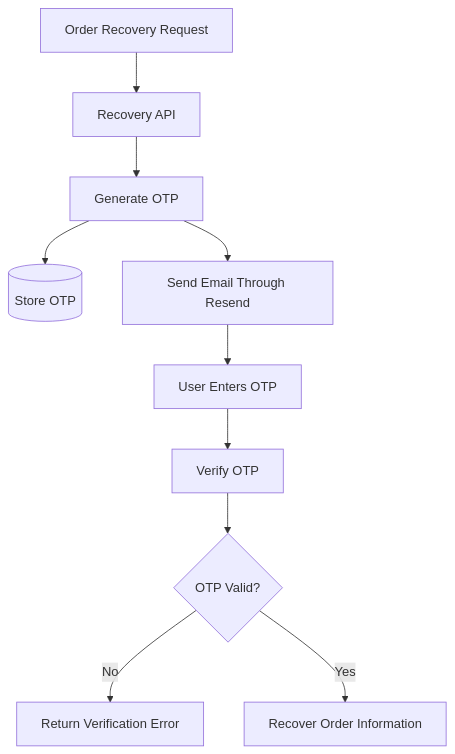
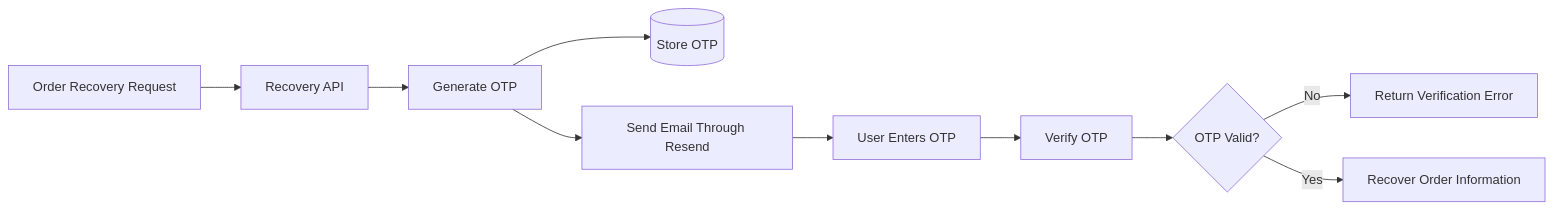
One commit to imammularif/topupku changed the sixth of 8 diagrams in README.md. Above: the diagram before and after it, drawn with Mermaid.

````diff
--- a/README.md
+++ b/README.md
@@ -410,12 +410,12 @@
 ```mermaid
-flowchart TD
+flowchart LR
     A["Order Recovery Request"] --> B["Recovery API"]
     B --> C["Generate OTP"]
     C --> D[("Store OTP")]
     C --> E["Send Email Through Resend"]
     E --> F["User Enters OTP"]
     F --> G["Verify OTP"]
     G --> H{"OTP Valid?"}
     H -->|No| I["Return Verification Error"]
     H -->|Yes| J["Recover Order Information"]
 ```
````
